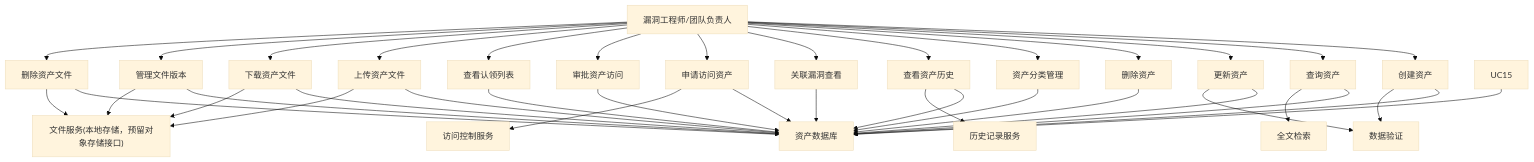
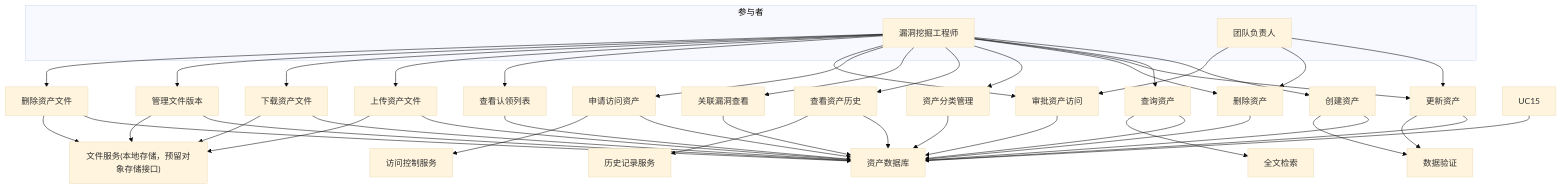
Before and after one commit to dayutech/Vuln-Audit-Lifecycle-Management: the second of 8 diagrams in docs/design/use_case.md, drawn with Mermaid (base theme). The commit also changed other lines of this file and 11 other files, not shown here.

````diff
--- a/docs/design/use_case.md
+++ b/docs/design/use_case.md
@@ -116,43 +103,51 @@
 ```mermaid
 graph TD
-    Actor["漏洞工程师/团队负责人"] --> UC1["创建资产"]
-    Actor --> UC2["查询资产"]
-    Actor --> UC3["更新资产"]
-    Actor --> UC4["删除资产"]
-    Actor --> UC5["资产分类管理"]
-    Actor --> UC6["查看资产历史"]
-    Actor --> UC7["关联漏洞查看"]
-    Actor --> UC8["申请访问资产"]
-    Actor --> UC9["审批资产访问"]
-    Actor --> UC10["查看认领列表"]
-    Actor --> UC11["上传资产文件"]
-    Actor --> UC12["下载资产文件"]
-    Actor --> UC13["管理文件版本"]
-    Actor --> UC14["删除资产文件"]
+    subgraph Actor["参与者"]
+        Engineer["漏洞挖掘工程师"]
+        Leader["团队负责人"]
+    end
+
+    Engineer --> UC1["创建资产"]
+    Engineer --> UC2["查询资产"]
+    Engineer --> UC3["更新资产"]
+    Engineer --> UC4["删除资产"]
+    Engineer --> UC5["资产分类管理"]
+    Engineer --> UC6["查看资产历史"]
+    Engineer --> UC7["关联漏洞查看"]
+    Engineer --> UC8["申请访问资产"]
+    Engineer --> UC9["审批资产访问"]
+    Engineer --> UC10["查看认领列表"]
+    Engineer --> UC11["上传资产文件"]
+    Engineer --> UC12["下载资产文件"]
+    Engineer --> UC13["管理文件版本"]
+    Engineer --> UC14["删除资产文件"]
+    Leader --> UC3
+    Leader --> UC4
+    Leader --> UC9
     
     UC1 --> DB["资产数据库"]
     UC2 --> DB
     UC3 --> DB
     UC4 --> DB
     UC5 --> DB
     UC6 --> DB
     UC7 --> DB
     UC8 --> DB
     UC9 --> DB
     UC10 --> DB
     UC11 --> DB
     UC12 --> DB
     UC13 --> DB
     UC14 --> DB
     UC15 --> DB
     
     UC1 --> Validate["数据验证"]
     UC2 --> Search["全文检索"]
     UC3 --> Validate
     UC6 --> History["历史记录服务"]
     UC8 --> AccessControl["访问控制服务"]
     UC11 --> FileService["文件服务(本地存储，预留对象存储接口)"]
     UC12 --> FileService
     UC13 --> FileService
     UC14 --> FileService
 ```
````
